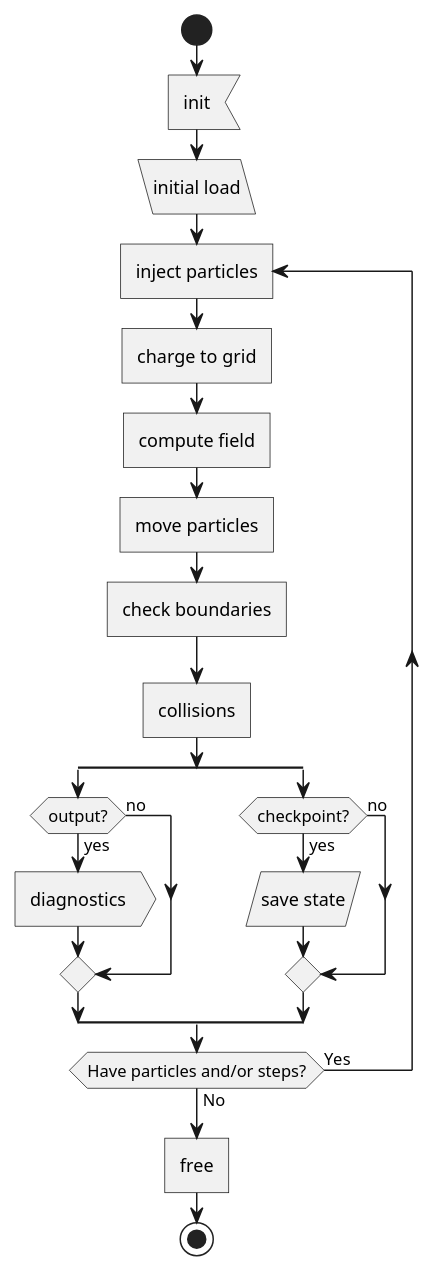
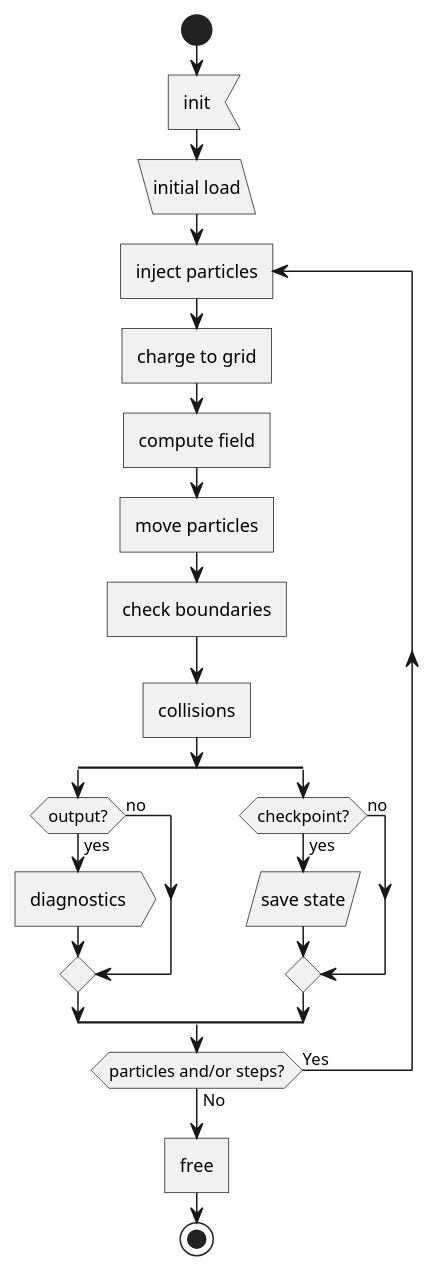
Before and after one commit to LeCAD-PEG/hexapic: the diagram in docs/index.md, drawn with PlantUML.

Commit message:
edit workflow task

````diff
--- a/docs/index.md
+++ b/docs/index.md
@@ -31,27 +31,27 @@
 ```plantuml
 @startuml
 start
 :init; <<input>>
 :initial load; <<load>>
 repeat :inject particles; <<task>>
 :charge to grid; <<task>>
 :compute field; <<task>>
 :move particles; <<task>>
 :check boundaries; <<task>>
 :collisions; <<task>>
 split
 	if (output?) then (yes)
 		:diagnostics; <<output>>
 	else (no)
 	endif
 split again
 	if (checkpoint?) then (yes)
 		:save state; <<save>>
 	else (no)
 	endif 
 end split
-repeat while (Have particles and/or steps?) is (Yes) not (No)
+repeat while (particles and/or steps?) is (Yes) not (No)
 :free; <<task>>
 stop
 @enduml
 ```
````
